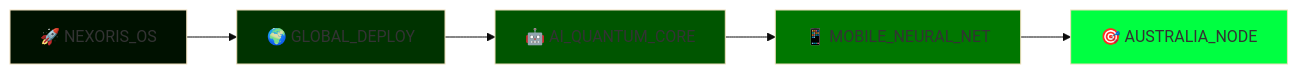
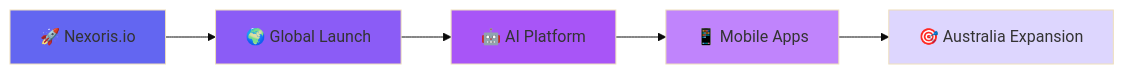
Before and after one commit to gooseprime/gooseprime: the fourth of 7 diagrams in README.md, drawn with Mermaid (base theme). The commit also changed other lines of this file, not shown here.

````diff
--- a/README.md
+++ b/README.md
@@ -175,13 +176,13 @@
 ```mermaid
 graph LR
-    A[🚀 NEXORIS_OS] --> B[🌍 GLOBAL_DEPLOY]
-    B --> C[🤖 AI_QUANTUM_CORE]
-    C --> D[📱 MOBILE_NEURAL_NET]
-    D --> E[🎯 AUSTRALIA_NODE]
+    A[🚀 Nexoris.io] --> B[🌍 Global Launch]
+    B --> C[🤖 AI Platform]
+    C --> D[📱 Mobile Apps]
+    D --> E[🎯 Australia Expansion]
     
-    style A fill:#001100
-    style B fill:#003300
-    style C fill:#005500
-    style D fill:#007700
-    style E fill:#00FF41
+    style A fill:#6366F1
+    style B fill:#8B5CF6
+    style C fill:#A855F7
+    style D fill:#C084FC
+    style E fill:#DDD6FE
 ```
````
